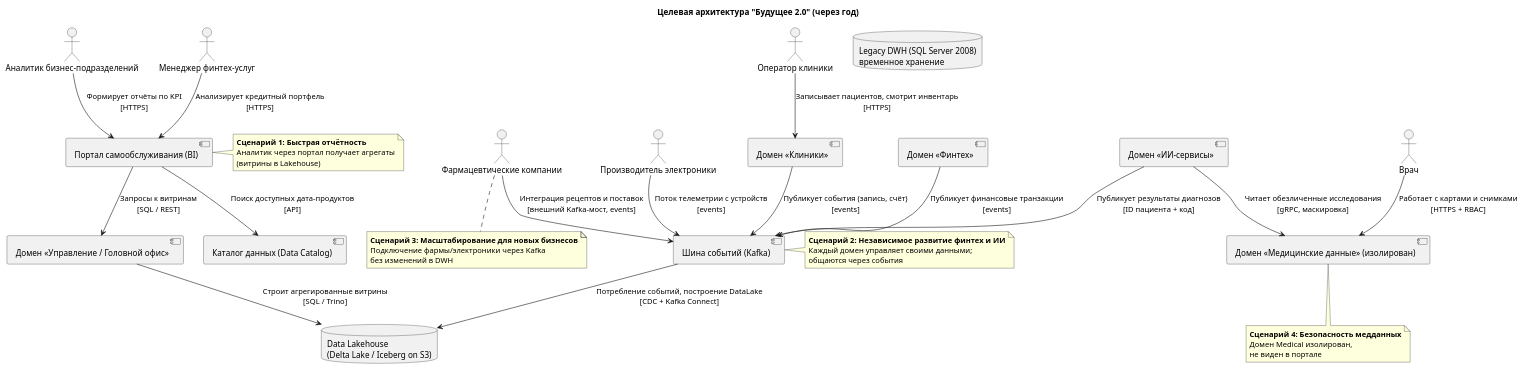
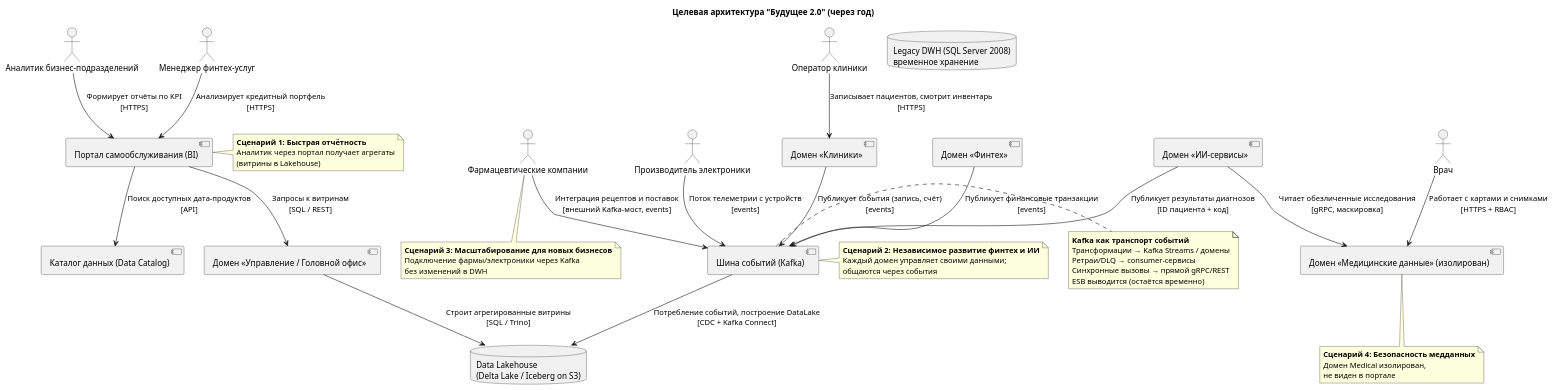
Before and after one commit to Polinavas95/architecture-future_2_0: the diagram in Task1/C4_Container.puml, drawn with PlantUML. The commit also changed 1 other file, not shown here.

Commit message:
Правки к ревью На схеме есть хороший набор инструментов и архитектура, в целом, рабочая. Один вопрос - что случилось с ESB? Kafka закрывает транспорт и события, но не заменяет ESB 1 к 1: у ESB обычно есть ФЛК, трансформации, маршрутизация, ретраи и часть интеграционной и даже бизнес логики. Это лучше явно расписать: куда именно переезжают эти обязанности.

```diff
--- a/Task1/C4_Container.puml
+++ b/Task1/C4_Container.puml
@@ -1,69 +1,77 @@
 @startuml
 title Целевая архитектура "Будущее 2.0" (через год)
 
 ' === Пользователи ===
 actor "Оператор клиники" as operator
 actor "Врач" as doctor
 actor "Аналитик бизнес-подразделений" as analyst
 actor "Менеджер финтех-услуг" as fintech_manager
 
 ' === Внешние системы ===
 actor "Фармацевтические компании" as pharma
 actor "Производитель электроники" as electronics
 
 ' === Контейнеры (сервисы/приложения) ===
 component "Портал самообслуживания (BI)" as portal
 component "Каталог данных (Data Catalog)" as data_catalog
 component "Шина событий (Kafka)" as kafka
 component "Домен «Клиники»" as domain_clinics
 component "Домен «Медицинские данные» (изолирован)" as domain_medical
 component "Домен «Финтех»" as domain_fintech
 component "Домен «ИИ-сервисы»" as domain_ai
 component "Домен «Управление / Головной офис»" as domain_governance
 database "Data Lakehouse\n(Delta Lake / Iceberg on S3)" as data_lakehouse
 database "Legacy DWH (SQL Server 2008)\nвременное хранение" as legacy_dwh
 
 ' === Связи ===
 operator --> domain_clinics : "Записывает пациентов, смотрит инвентарь\n[HTTPS]"
 doctor --> domain_medical : "Работает с картами и снимками\n[HTTPS + RBAC]"
 analyst --> portal : "Формирует отчёты по KPI\n[HTTPS]"
 fintech_manager --> portal : "Анализирует кредитный портфель\n[HTTPS]"
 
 domain_clinics --> kafka : "Публикует события (запись, счёт)\n[events]"
 domain_fintech --> kafka : "Публикует финансовые транзакции\n[events]"
 domain_ai --> domain_medical : "Читает обезличенные исследования\n[gRPC, маскировка]"
 domain_ai --> kafka : "Публикует результаты диагнозов\n[ID пациента + код]"
 
 kafka --> data_lakehouse : "Потребление событий, построение DataLake\n[CDC + Kafka Connect]"
 domain_governance --> data_lakehouse : "Строит агрегированные витрины\n[SQL / Trino]"
 portal --> domain_governance : "Запросы к витринам\n[SQL / REST]"
 portal --> data_catalog : "Поиск доступных дата-продуктов\n[API]"
 
 pharma --> kafka : "Интеграция рецептов и поставок\n[внешний Kafka-мост, events]"
 electronics --> kafka : "Поток телеметрии с устройств\n[events]"
 
+note right of kafka
+  <b>Kafka как транспорт событий</b>
+  Трансформации → Kafka Streams / домены
+  Ретраи/DLQ → consumer-сервисы
+  Синхронные вызовы → прямой gRPC/REST
+  ESB выводится (остаётся временно)
+end note
+
 note right of portal
   <b>Сценарий 1: Быстрая отчётность</b>
   Аналитик через портал получает агрегаты
   (витрины в Lakehouse)
 end note
 
 note right of kafka
   <b>Сценарий 2: Независимое развитие финтех и ИИ</b>
   Каждый домен управляет своими данными;
   общаются через события
 end note
 
 note bottom of pharma
   <b>Сценарий 3: Масштабирование для новых бизнесов</b>
   Подключение фармы/электроники через Kafka
   без изменений в DWH
 end note
 
 note bottom of domain_medical
   <b>Сценарий 4: Безопасность медданных</b>
   Домен Medical изолирован,
   не виден в портале
 end note
 
 @enduml
```
